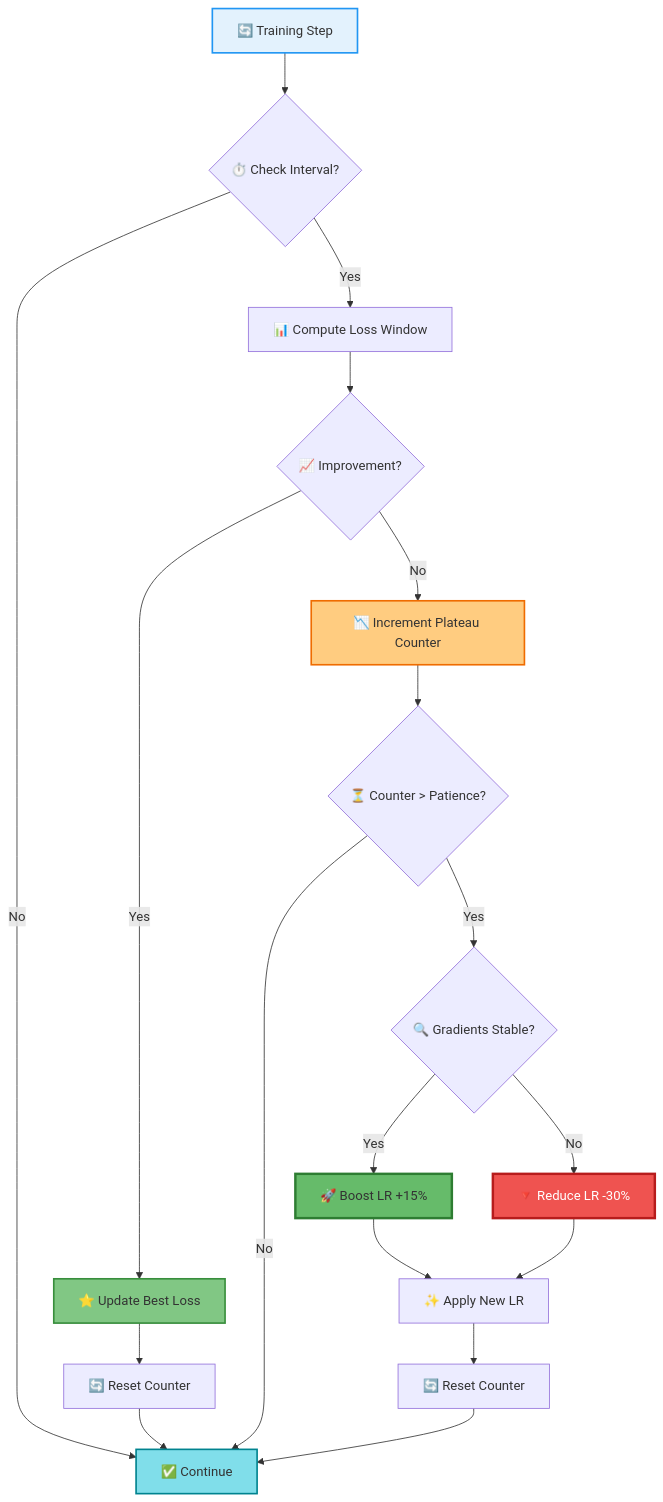
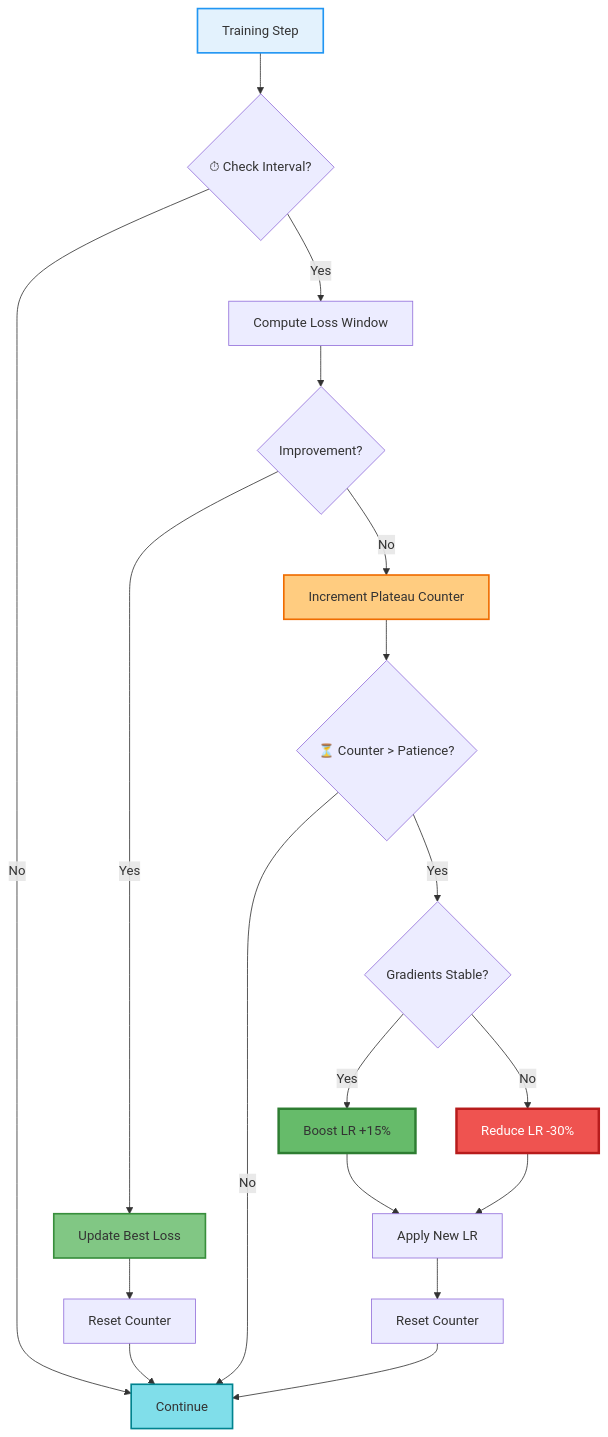
Before and after one commit to Pizzaman213/Ava_AI: diagram 15 of 23 in code/docs/FLOWCHARTS_VISUAL.md, drawn with Mermaid. The commit also changed other lines of this file and 215 other files, not shown here.

````diff
--- a/code/docs/FLOWCHARTS_VISUAL.md
+++ b/code/docs/FLOWCHARTS_VISUAL.md
@@ -446,32 +446,32 @@
 ```mermaid
 graph TD
-    A[🔄 Training Step] --> B{⏱️ Check Interval?}
-    B -->|No| C[✅ Continue]
-    B -->|Yes| D[📊 Compute Loss Window]
+    A[ Training Step] --> B{⏱ Check Interval?}
+    B -->|No| C[ Continue]
+    B -->|Yes| D[ Compute Loss Window]
 
-    D --> E{📈 Improvement?}
-    E -->|Yes| F[⭐ Update Best Loss]
-    E -->|No| G[📉 Increment Plateau Counter]
+    D --> E{ Improvement?}
+    E -->|Yes| F[ Update Best Loss]
+    E -->|No| G[ Increment Plateau Counter]
 
-    F --> H[🔄 Reset Counter]
+    F --> H[ Reset Counter]
     H --> C
 
     G --> I{⏳ Counter > Patience?}
     I -->|No| C
-    I -->|Yes| J{🔍 Gradients Stable?}
+    I -->|Yes| J{ Gradients Stable?}
 
-    J -->|Yes| K[🚀 Boost LR +15%]
-    J -->|No| L[🔻 Reduce LR -30%]
+    J -->|Yes| K[ Boost LR +15%]
+    J -->|No| L[ Reduce LR -30%]
 
-    K --> M[✨ Apply New LR]
+    K --> M[ Apply New LR]
     L --> M
-    M --> N[🔄 Reset Counter]
+    M --> N[ Reset Counter]
     N --> C
 
     style A fill:#E3F2FD,stroke:#2196F3,stroke-width:2px
     style F fill:#81C784,stroke:#388E3C,stroke-width:2px
     style G fill:#FFCC80,stroke:#EF6C00,stroke-width:2px
     style K fill:#66BB6A,stroke:#2E7D32,stroke-width:3px
     style L fill:#EF5350,stroke:#B71C1C,stroke-width:3px,color:#fff
     style C fill:#80DEEA,stroke:#00838F,stroke-width:2px
 ```
````
